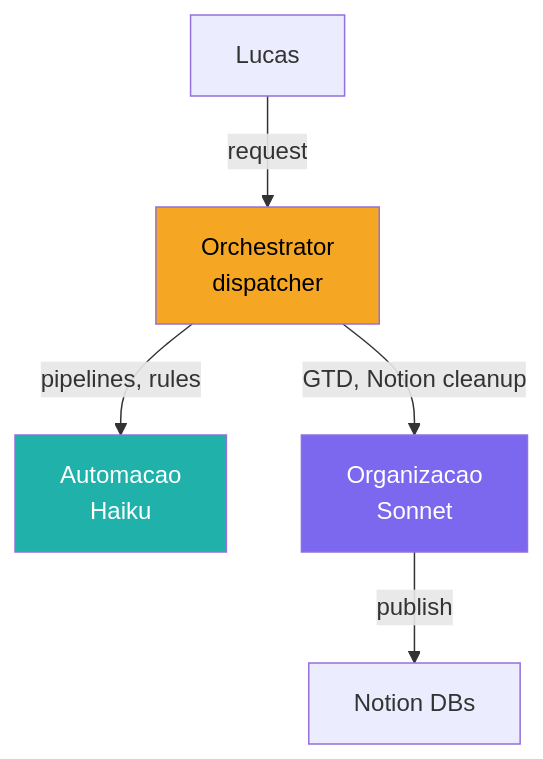
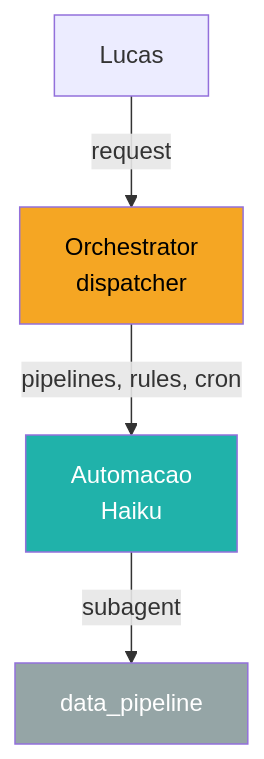
One commit to lucasmiachon-blip/OLMO changed the first of 5 diagrams in docs/ARCHITECTURE.md. Above: the diagram before and after it, drawn with Mermaid. The commit also changed other lines of this file and 4 other files, not shown here.

````diff
--- a/docs/ARCHITECTURE.md
+++ b/docs/ARCHITECTURE.md
@@ -9,11 +9,10 @@
 ```mermaid
 graph TD
     U[Lucas] -->|request| O[Orchestrator<br>dispatcher]
-    O -->|pipelines, rules| AUT[Automacao<br>Haiku]
-    O -->|GTD, Notion cleanup| ORG[Organizacao<br>Sonnet]
-    ORG -->|publish| NOT[Notion DBs]
+    O -->|pipelines, rules, cron| AUT[Automacao<br>Haiku]
+    AUT -->|subagent| DP[data_pipeline]
 
     style O fill:#f5a623,color:#000
     style AUT fill:#20b2aa,color:#fff
-    style ORG fill:#7b68ee,color:#fff
+    style DP fill:#95a5a6,color:#fff
 ```
````
